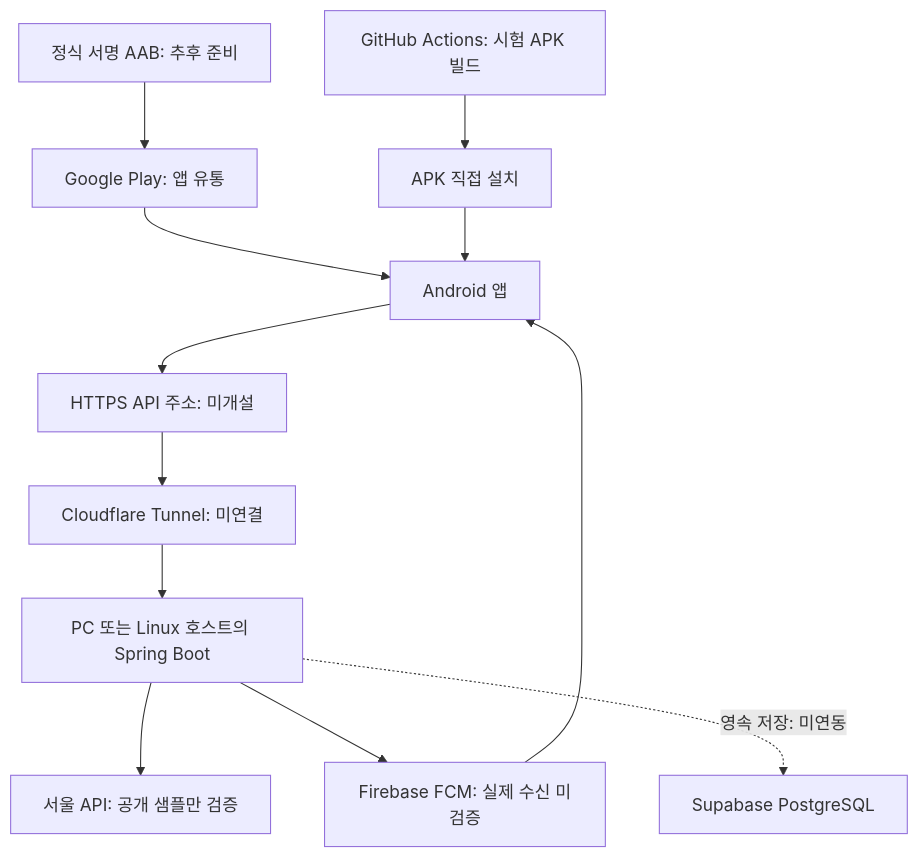
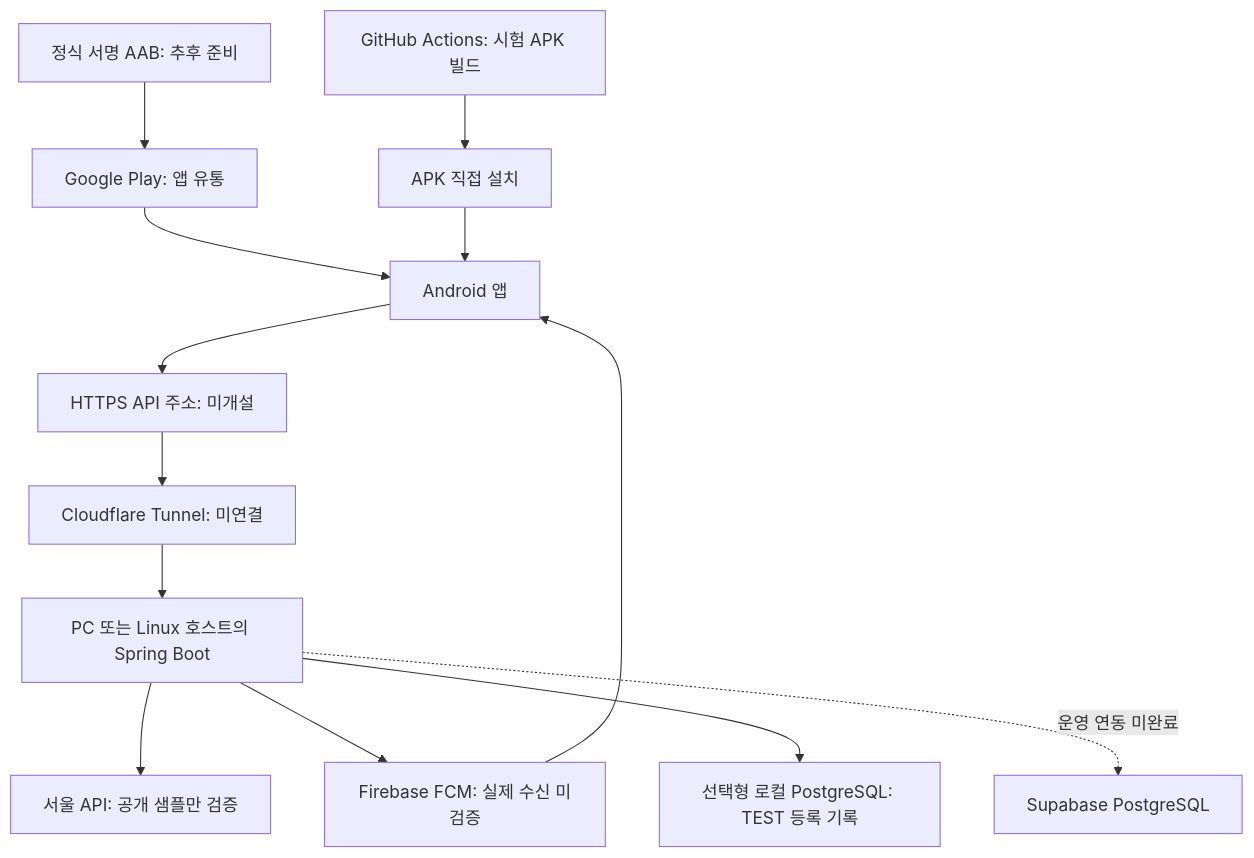
One commit to yuilyoung/subway_alert changed the diagram in README.md. Above: the diagram before and after it, drawn with Mermaid. The commit also changed other lines of this file and 28 other files, not shown here.

Commit message:
feat: preserve TEST monitor receipts across PostgreSQL restarts

````diff
--- a/README.md
+++ b/README.md
@@ -24,14 +24,15 @@
 ```mermaid
 flowchart TD
     CI["GitHub Actions: 시험 APK 빌드"] --> APK["APK 직접 설치"]
     AAB["정식 서명 AAB: 추후 준비"] --> Play["Google Play: 앱 유통"]
     Play --> App["Android 앱"]
     APK --> App
     App --> Edge["HTTPS API 주소: 미개설"]
     Edge --> Tunnel["Cloudflare Tunnel: 미연결"]
     Tunnel --> Host["PC 또는 Linux 호스트의 Spring Boot"]
     Host --> Seoul["서울 API: 공개 샘플만 검증"]
     Host --> FCM["Firebase FCM: 실제 수신 미검증"]
     FCM --> App
-    Host -. "영속 저장: 미연동" .-> DB["Supabase PostgreSQL"]
+    Host --> LocalDB["선택형 로컬 PostgreSQL: TEST 등록 기록"]
+    Host -. "운영 연동 미완료" .-> DB["Supabase PostgreSQL"]
 ```
````
